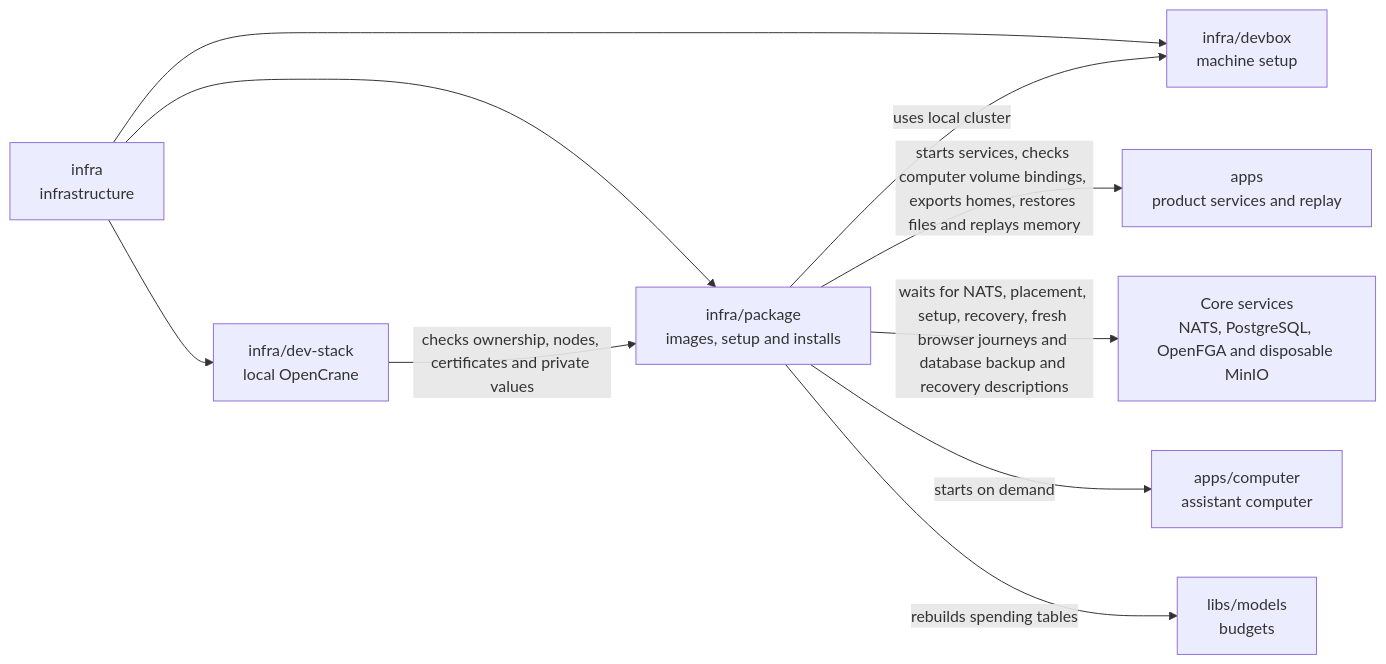
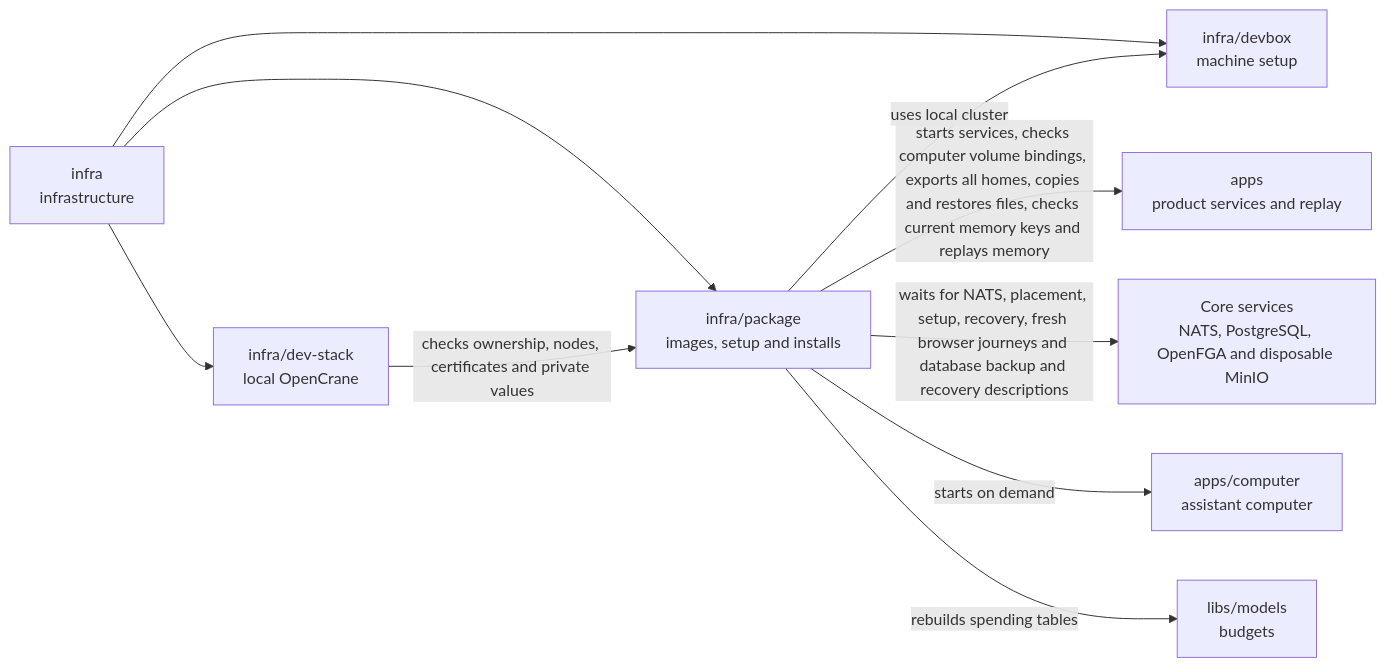
The diagram in infra/package/README.md (elewa-git/opencrane-new), drawn with Mermaid before and after one commit. The commit also changed other lines of this file and 5 other files, not shown here.

Commit message:
🧠 Check current memory custody after offline restore

````diff
--- a/infra/package/README.md
+++ b/infra/package/README.md
@@ -19,12 +19,12 @@
 ```mermaid
 flowchart LR
   infra["infra<br/>infrastructure"] --> package["infra/package<br/>images, setup and installs"]
   infra --> stack["infra/dev-stack<br/>local OpenCrane"]
   infra --> devbox["infra/devbox<br/>machine setup"]
   stack -->|checks ownership, nodes, certificates and private values| package
   package -->|uses local cluster| devbox
-  package -->|starts services, checks computer volume bindings, exports homes, restores files and replays memory| apps["apps<br/>product services and replay"]
+  package -->|starts services, checks computer volume bindings, exports all homes, copies and restores files, checks current memory keys and replays memory| apps["apps<br/>product services and replay"]
   package -->|waits for NATS, placement, setup, recovery, fresh browser journeys and database backup and recovery descriptions| services["Core services<br/>NATS, PostgreSQL, OpenFGA and disposable MinIO"]
   package -->|starts on demand| computer["apps/computer<br/>assistant computer"]
   package -->|rebuilds spending tables| models["libs/models<br/>budgets"]
 ```
````
